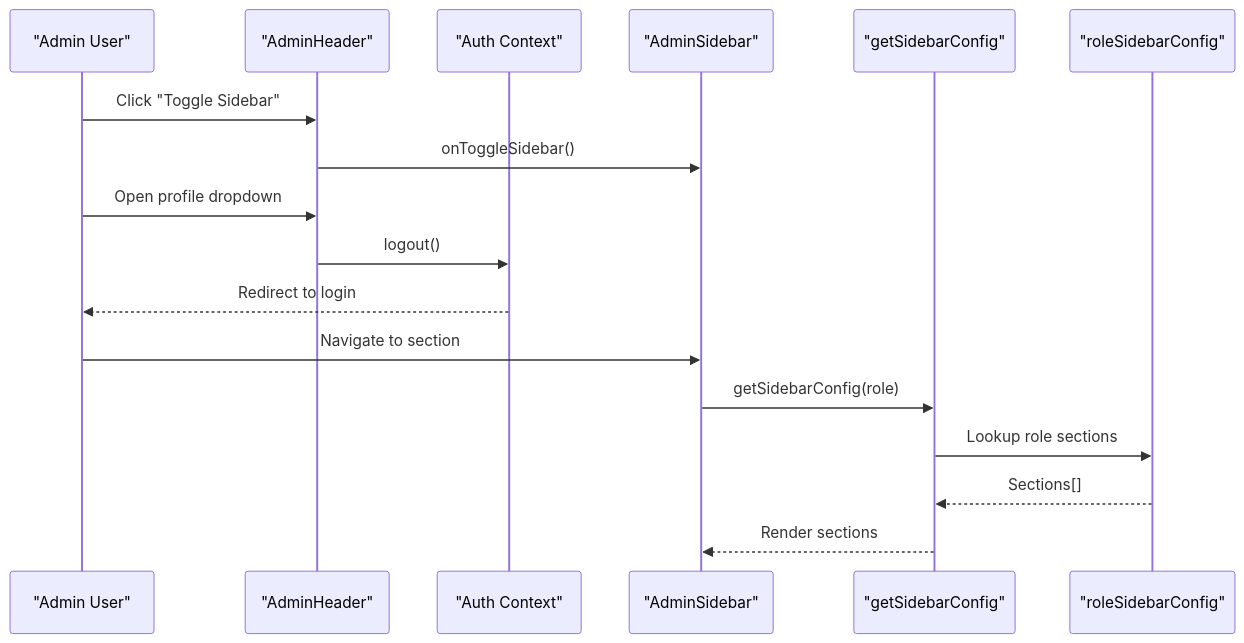
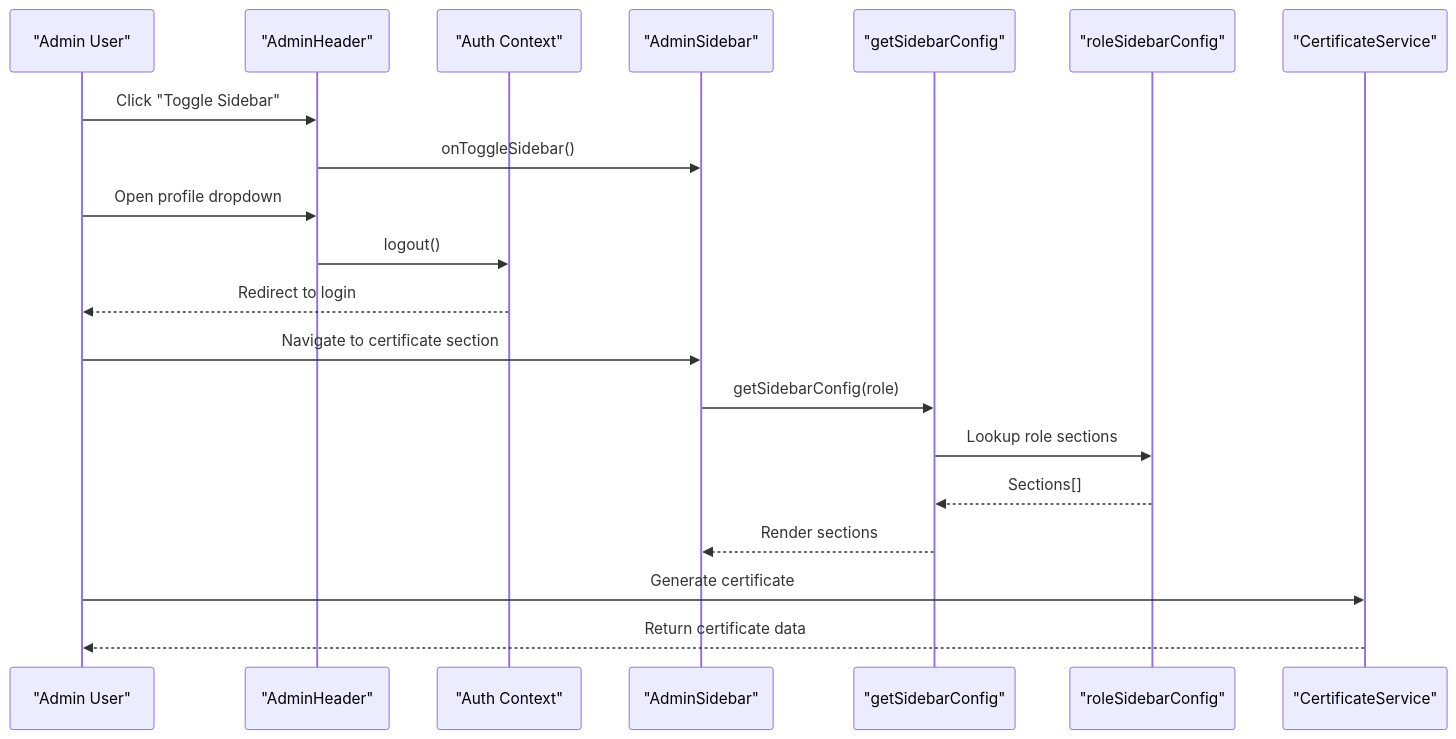
One commit to Unsure-bry/sampacoop_system changed the second of 6 diagrams in .qoder/repowiki/en/content/UI Components & Design System/Administrative Components.md. Above: the diagram before and after it, drawn with Mermaid. The commit also changed other lines of this file and 24 other files, not shown here.

````diff
--- a/.qoder/repowiki/en/content/UI Components & Design System/Administrative Components.md
+++ b/.qoder/repowiki/en/content/UI Components & Design System/Administrative Components.md
@@ -156,19 +179,22 @@
 ```mermaid
 sequenceDiagram
 participant User as "Admin User"
 participant Header as "AdminHeader"
 participant Auth as "Auth Context"
 participant Sidebar as "AdminSidebar"
 participant Config as "getSidebarConfig"
 participant Role as "roleSidebarConfig"
+participant CertificateService as "CertificateService"
 User->>Header : Click "Toggle Sidebar"
 Header->>Sidebar : onToggleSidebar()
 User->>Header : Open profile dropdown
 Header->>Auth : logout()
 Auth-->>User : Redirect to login
-User->>Sidebar : Navigate to section
+User->>Sidebar : Navigate to certificate section
 Sidebar->>Config : getSidebarConfig(role)
 Config->>Role : Lookup role sections
 Role-->>Config : Sections[]
 Config-->>Sidebar : Render sections
+User->>CertificateService : Generate certificate
+CertificateService-->>User : Return certificate data
 ```
````
